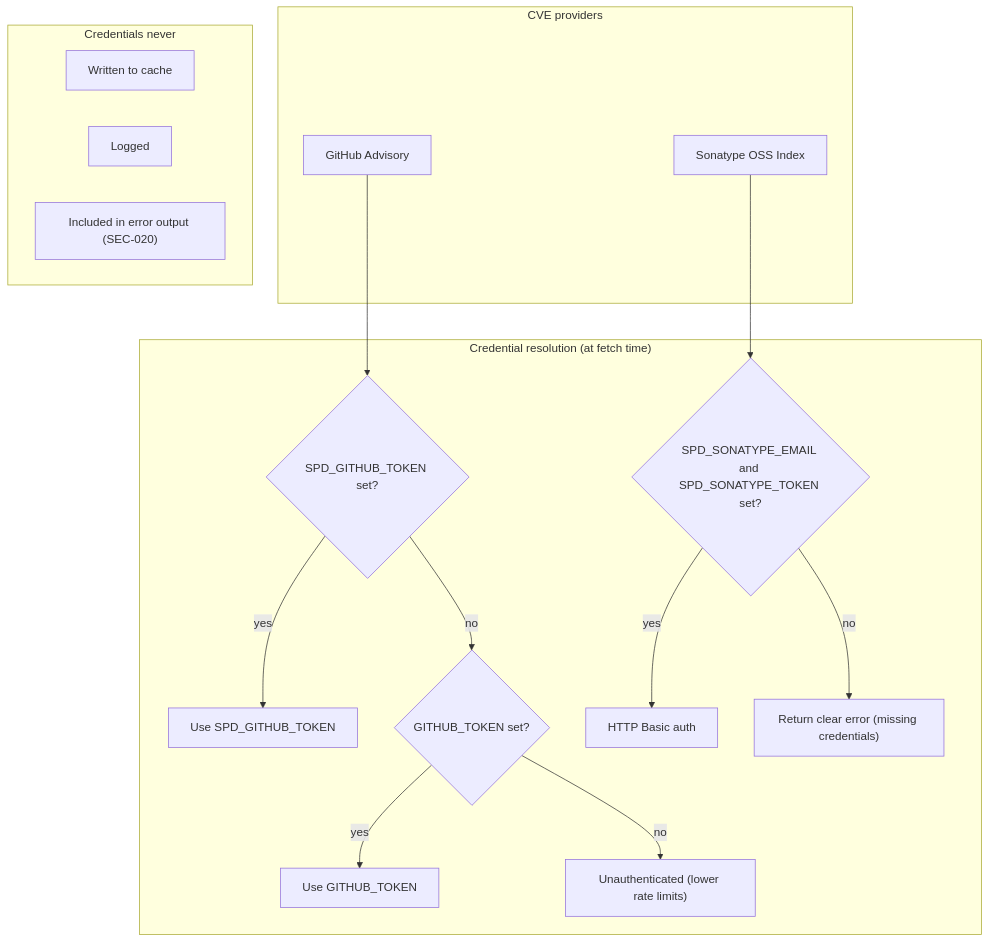
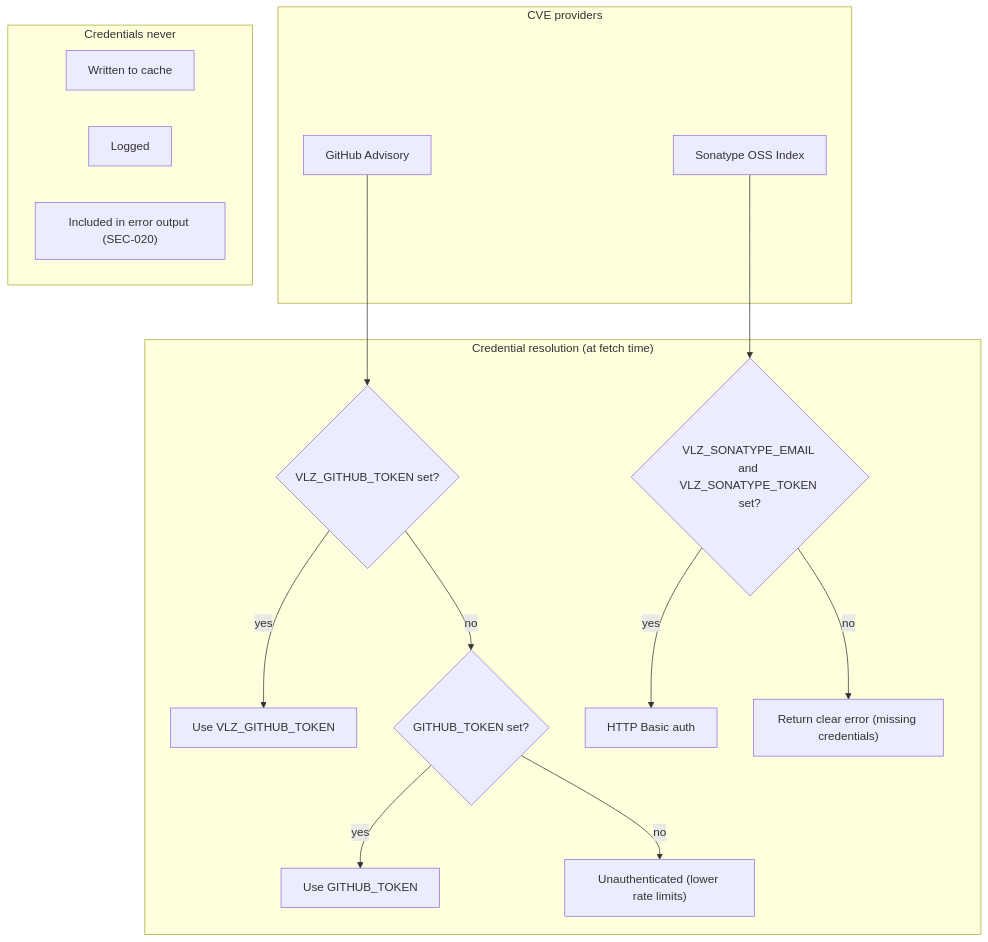
One commit to verilyze/verilyze changed the diagram in architecture/provider-auth-flow.mmd. Above: the diagram before and after it, drawn with Mermaid. The commit also changed 125 other files, not shown here.

```diff
--- a/architecture/provider-auth-flow.mmd
+++ b/architecture/provider-auth-flow.mmd
@@ -1,22 +1,22 @@
 flowchart TD
     subgraph Providers ["CVE providers"]
         GH["GitHub Advisory"]
         SO["Sonatype OSS Index"]
     end
 
     subgraph Auth ["Credential resolution (at fetch time)"]
-        GH --> GHCheck{SPD_GITHUB_TOKEN set?}
-        GHCheck -- yes --> GHUseSPD["Use SPD_GITHUB_TOKEN"]
+        GH --> GHCheck{VLZ_GITHUB_TOKEN set?}
+        GHCheck -- yes --> GHUseSPD["Use VLZ_GITHUB_TOKEN"]
         GHCheck -- no --> GHCheck2{GITHUB_TOKEN set?}
         GHCheck2 -- yes --> GHUseStd["Use GITHUB_TOKEN"]
         GHCheck2 -- no --> GHUnauth["Unauthenticated (lower rate limits)"]
-        SO --> SOCheck{SPD_SONATYPE_EMAIL and SPD_SONATYPE_TOKEN set?}
+        SO --> SOCheck{VLZ_SONATYPE_EMAIL and VLZ_SONATYPE_TOKEN set?}
         SOCheck -- yes --> SOBasic["HTTP Basic auth"]
         SOCheck -- no --> SOError["Return clear error (missing credentials)"]
     end
 
     subgraph Never ["Credentials never"]
         N1["Written to cache"]
         N2["Logged"]
         N3["Included in error output (SEC-020)"]
     end
```
